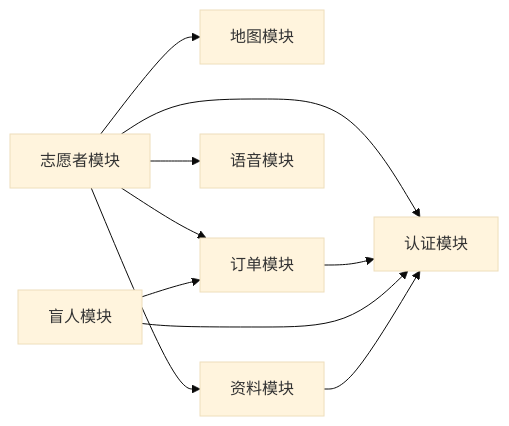
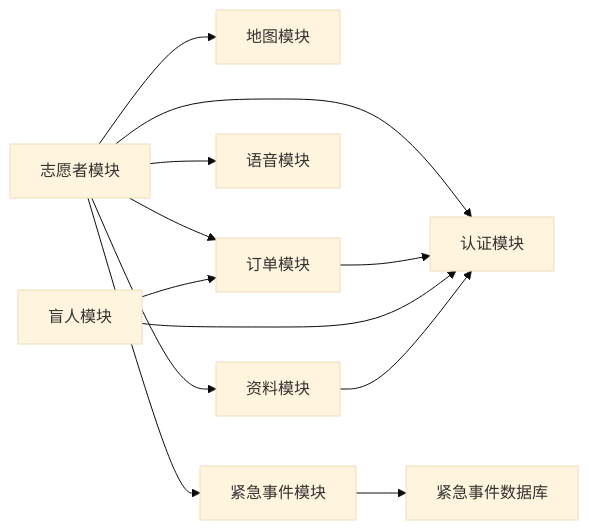
Before and after one commit to Jayden23018/blind-run-ios: diagram 11 of 12 in .qoder/repowiki/zh/content/核心功能模块/志愿者功能/志愿者功能.md, drawn with Mermaid (base theme). The commit also changed other lines of this file and 11 other files, not shown here.

Commit message:
Unify emergency safety flow and status handling

````diff
--- a/.qoder/repowiki/zh/content/核心功能模块/志愿者功能/志愿者功能.md
+++ b/.qoder/repowiki/zh/content/核心功能模块/志愿者功能/志愿者功能.md
@@ -374,12 +530,14 @@
 ```mermaid
 graph LR
 VOL["志愿者模块"] --> AUTH["认证模块"]
 VOL --> MAP["地图模块"]
 VOL --> ORD["订单模块"]
 VOL --> VOICE["语音模块"]
 VOL --> PROF["资料模块"]
+VOL --> EMER["紧急事件模块"]
 ORD --> AUTH
 BR["盲人模块"] --> ORD
 BR --> AUTH
 PROF --> AUTH
+EMER --> EMERDB["紧急事件数据库"]
 ```
````
